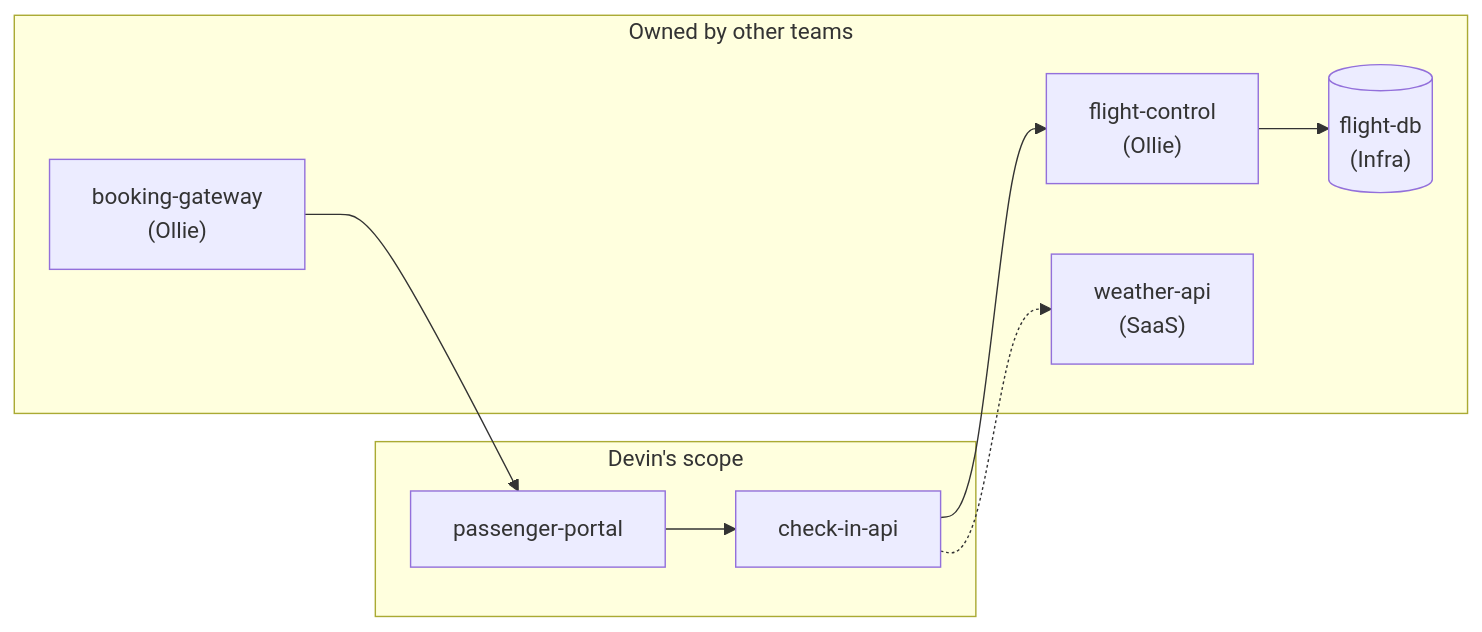
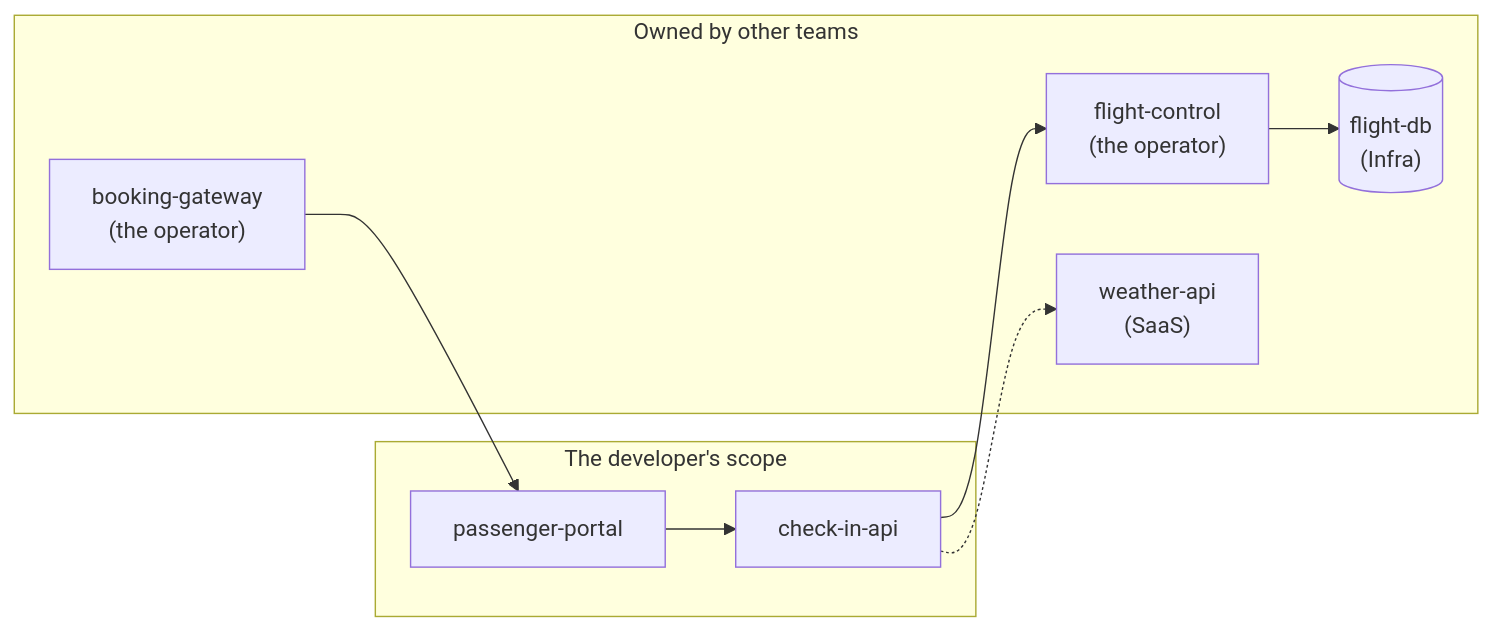
Before and after one commit to Kong/developer.konghq.com: the diagram in app/mesh/scenarios/persona/developer.md, drawn with Mermaid. The commit also changed other lines of this file and 5 other files, not shown here.

```diff
--- a/app/mesh/scenarios/persona/developer.md
+++ b/app/mesh/scenarios/persona/developer.md
@@ -21,19 +21,19 @@
 {% mermaid %}
 flowchart LR
-  subgraph DEV["Devin's scope"]
+  subgraph DEV["The developer's scope"]
     PP["passenger-portal"]
     CI["check-in-api"]
   end
   subgraph OTHERS["Owned by other teams"]
-    BG["booking-gateway<br/>(Ollie)"]
-    FC["flight-control<br/>(Ollie)"]
+    BG["booking-gateway<br/>(the operator)"]
+    FC["flight-control<br/>(the operator)"]
     DB[("flight-db<br/>(Infra)")]
     WX["weather-api<br/>(SaaS)"]
   end
 
   BG --> PP
   PP --> CI
   CI --> FC
   FC --> DB
   CI -.-> WX
 {% endmermaid %}
```
